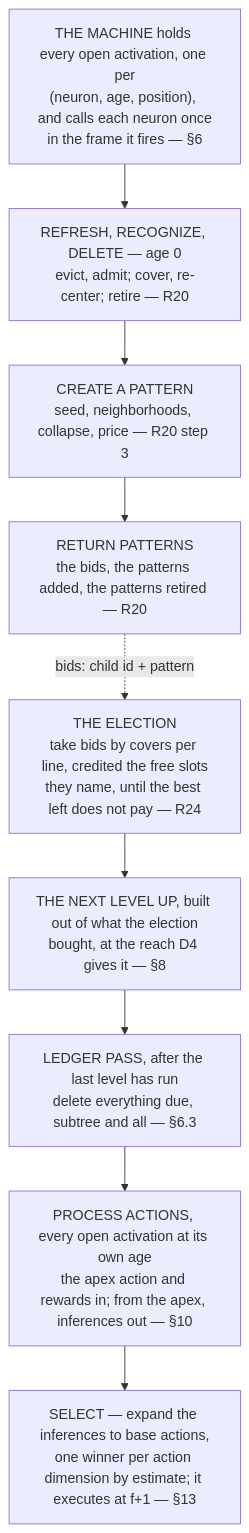
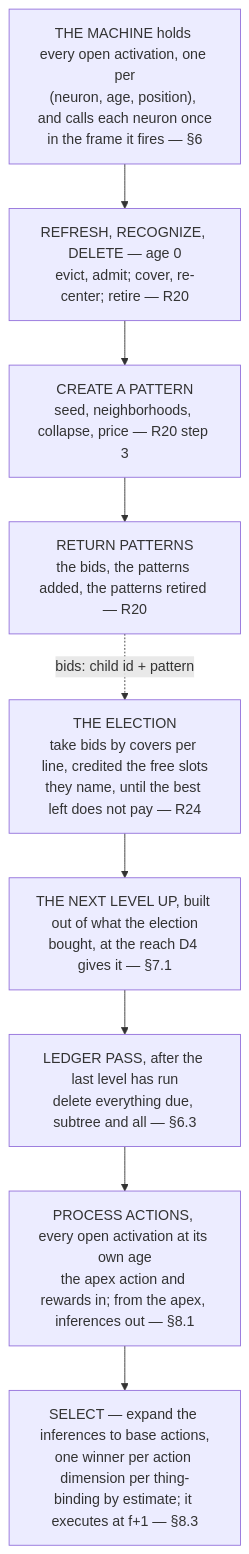
The diagram in docs/algorithm-remarks.md (cucar/robot_brain), drawn with Mermaid before and after one commit. The commit also changed other lines of this file and 5 other files, not shown here.

````diff
--- a/docs/algorithm-remarks.md
+++ b/docs/algorithm-remarks.md
@@ -841,12 +957,12 @@
 ```mermaid
 flowchart TD
     A["THE MACHINE holds every open activation, one per<br/>(neuron, age, position), and calls each neuron once<br/>in the frame it fires — §6"]
     A --> B["REFRESH, RECOGNIZE, DELETE — age 0<br/>evict, admit; cover, re-center; retire — R20"]
     B --> M["CREATE A PATTERN<br/>seed, neighborhoods, collapse, price — R20 step 3"]
     M --> P["RETURN PATTERNS<br/>the bids, the patterns added, the patterns retired — R20"]
     P -.->|"bids: child id + pattern"| X["THE ELECTION<br/>take bids by covers per line, credited the free slots<br/>they name, until the best left does not pay — R24"]
-    X --> O["THE NEXT LEVEL UP, built out of what the election<br/>bought, at the reach D4 gives it — §8"]
+    X --> O["THE NEXT LEVEL UP, built out of what the election<br/>bought, at the reach D4 gives it — §7.1"]
     O --> Z["LEDGER PASS, after the last level has run<br/>delete everything due, subtree and all — §6.3"]
-    Z --> W["PROCESS ACTIONS, every open activation at its own age<br/>the apex action and rewards in; from the apex, inferences out — §10"]
-    W --> S["SELECT — expand the inferences to base actions,<br/>one winner per action dimension by estimate; it executes at f+1 — §13"]
+    Z --> W["PROCESS ACTIONS, every open activation at its own age<br/>the apex action and rewards in; from the apex, inferences out — §8.1"]
+    W --> S["SELECT — expand the inferences to base actions,<br/>one winner per action dimension per thing-binding by estimate; it executes at f+1 — §8.3"]
 ```
````
